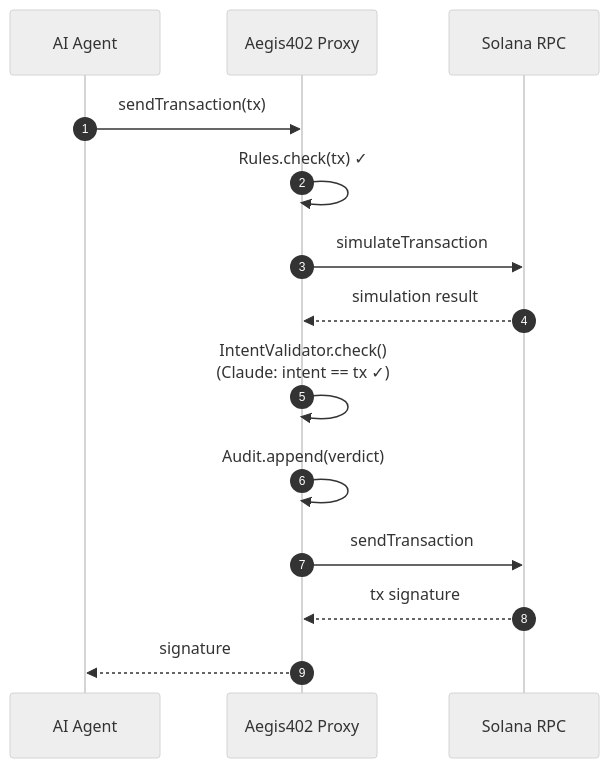
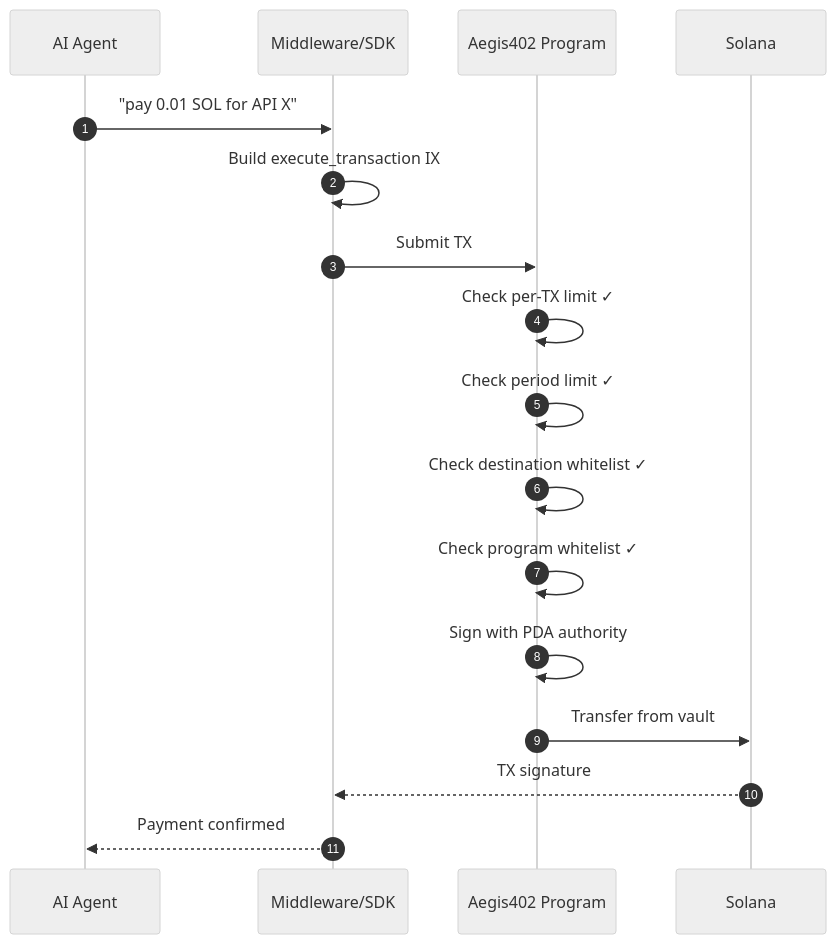
One commit to mvcavalheirojr/aegis402 changed the second of 3 diagrams in docs/ARCHITECTURE.md. Above: the diagram before and after it, drawn with Mermaid (neutral theme). The commit also changed other lines of this file and 5 other files, not shown here.

First line of the commit message:
docs: pivot architecture to on-chain PDA vaults with Anchor

````diff
--- a/docs/ARCHITECTURE.md
+++ b/docs/ARCHITECTURE.md
@@ -67,17 +95,20 @@
 ```mermaid
 sequenceDiagram
     autonumber
     participant A as AI Agent
-    participant X as Aegis402 Proxy
-    participant S as Solana RPC
+    participant M as Middleware/SDK
+    participant P as Aegis402 Program
+    participant S as Solana
 
-    A->>X: sendTransaction(tx)
-    X->>X: Rules.check(tx) ✓
-    X->>S: simulateTransaction
-    S-->>X: simulation result
-    X->>X: IntentValidator.check()<br/>(Claude: intent == tx ✓)
-    X->>X: Audit.append(verdict)
-    X->>S: sendTransaction
-    S-->>X: tx signature
-    X-->>A: signature
+    A->>M: "pay 0.01 SOL for API X"
+    M->>M: Build execute_transaction IX
+    M->>P: Submit TX
+    P->>P: Check per-TX limit ✓
+    P->>P: Check period limit ✓
+    P->>P: Check destination whitelist ✓
+    P->>P: Check program whitelist ✓
+    P->>P: Sign with PDA authority
+    P->>S: Transfer from vault
+    S-->>M: TX signature
+    M-->>A: Payment confirmed
 ```
````
